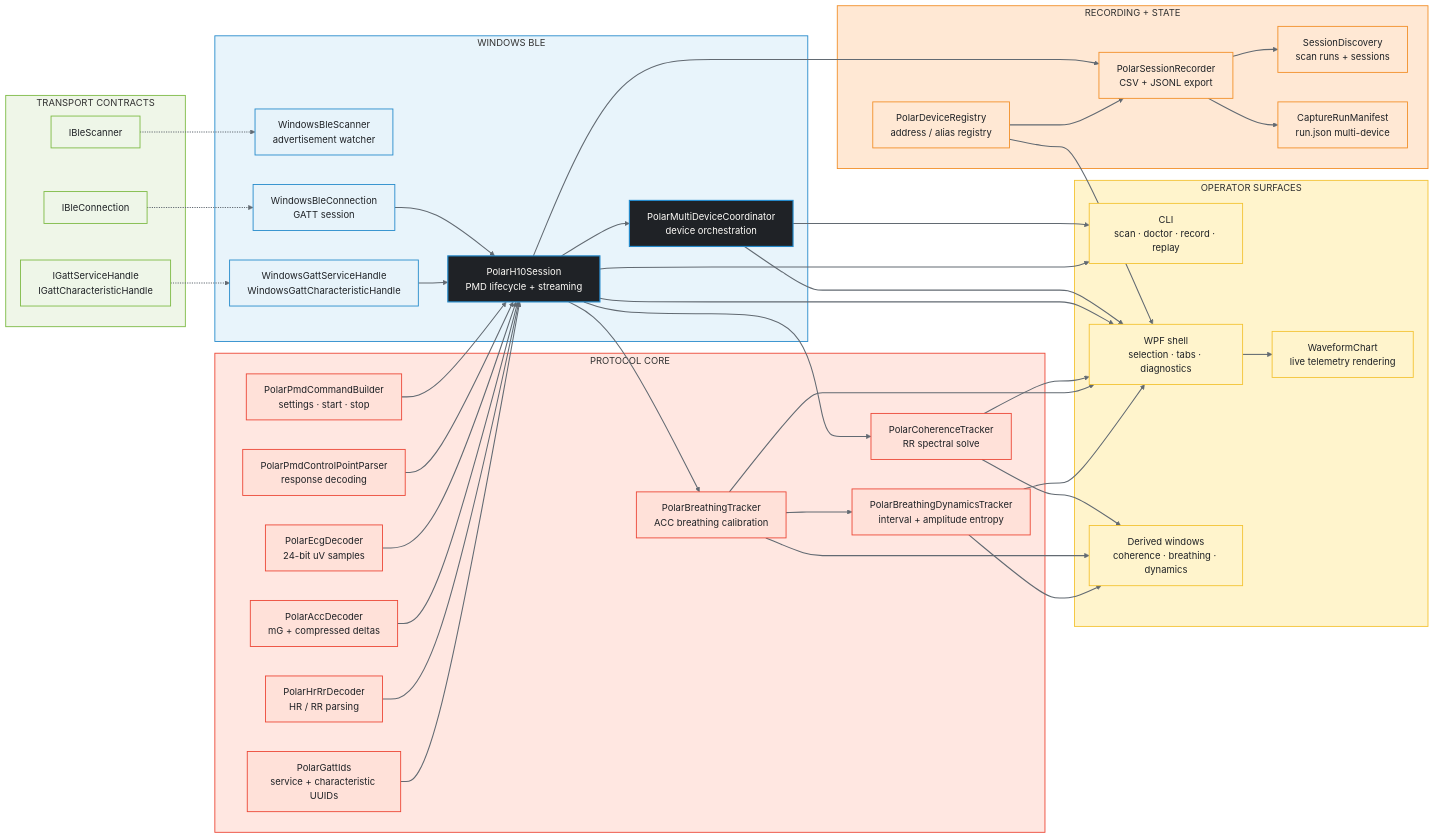
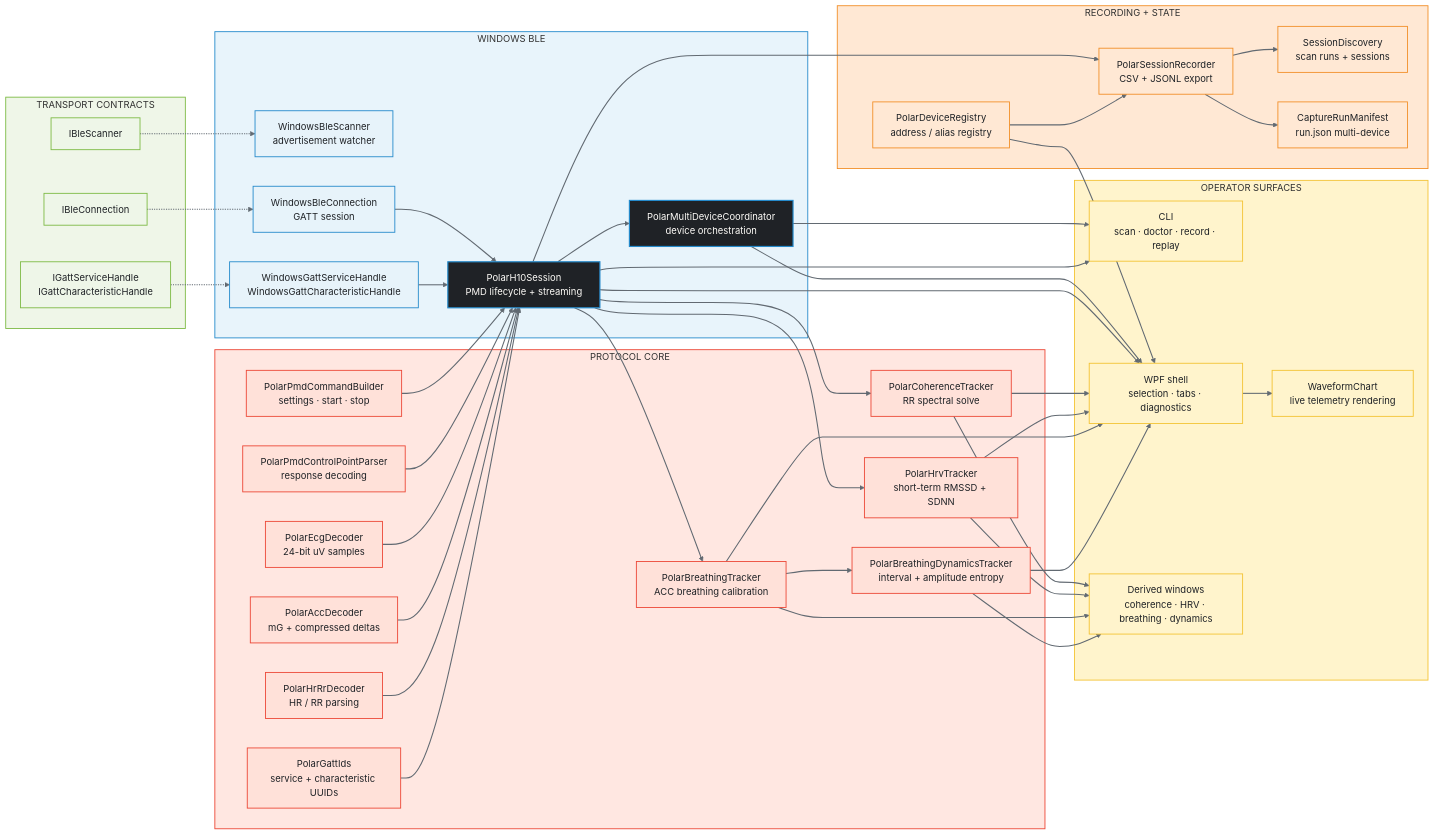
One commit to MesmerPrism/PolarH10 changed the diagram in docs/diagrams/code-architecture.mmd. Above: the diagram before and after it, drawn with Mermaid. The commit also changed 29 other files, not shown here.

Commit message:
Add short-term HRV telemetry tab and docs

```diff
--- a/docs/diagrams/code-architecture.mmd
+++ b/docs/diagrams/code-architecture.mmd
@@ -1,95 +1,99 @@
 %% Code architecture - subsystem level.
 %% Optimized for Pages viewer and GitHub README rendering.
 
 flowchart LR
     subgraph Protocol["PROTOCOL CORE"]
         EC["PolarEcgDecoder<br/>24-bit uV samples"]
         AC["PolarAccDecoder<br/>mG + compressed deltas"]
         HR["PolarHrRrDecoder<br/>HR / RR parsing"]
         CH["PolarCoherenceTracker<br/>RR spectral solve"]
+        HV["PolarHrvTracker<br/>short-term RMSSD + SDNN"]
         BR["PolarBreathingTracker<br/>ACC breathing calibration"]
         BD["PolarBreathingDynamicsTracker<br/>interval + amplitude entropy"]
         PMD["PolarPmdCommandBuilder<br/>settings · start · stop"]
         CP["PolarPmdControlPointParser<br/>response decoding"]
         GID["PolarGattIds<br/>service + characteristic UUIDs"]
     end
 
     subgraph Transport["TRANSPORT CONTRACTS"]
         IS["IBleScanner"]
         IC["IBleConnection"]
         IG["IGattServiceHandle<br/>IGattCharacteristicHandle"]
     end
 
     subgraph Windows["WINDOWS BLE"]
         WS["WindowsBleScanner<br/>advertisement watcher"]
         WC["WindowsBleConnection<br/>GATT session"]
         WG["WindowsGattServiceHandle<br/>WindowsGattCharacteristicHandle"]
         SE["PolarH10Session<br/>PMD lifecycle + streaming"]
         MD["PolarMultiDeviceCoordinator<br/>device orchestration"]
     end
 
     subgraph Recording["RECORDING + STATE"]
         RE["PolarSessionRecorder<br/>CSV + JSONL export"]
         SD["SessionDiscovery<br/>scan runs + sessions"]
         MA["CaptureRunManifest<br/>run.json multi-device"]
         DR["PolarDeviceRegistry<br/>address / alias registry"]
     end
 
     subgraph Surfaces["OPERATOR SURFACES"]
         C1["CLI<br/>scan · doctor · record · replay"]
         G1["WPF shell<br/>selection · tabs · diagnostics"]
-        G2["Derived windows<br/>coherence · breathing · dynamics"]
+        G2["Derived windows<br/>coherence · HRV · breathing · dynamics"]
         G3["WaveformChart<br/>live telemetry rendering"]
     end
 
     PMD --> SE
     CP --> SE
     EC --> SE
     AC --> SE
     HR --> SE
     GID --> SE
     IS -.-> WS
     IC -.-> WC
     IG -.-> WG
     WC --> SE
     WG --> SE
     SE --> MD
     SE --> CH
+    SE --> HV
     SE --> BR
     BR --> BD
     SE --> RE
     RE --> SD
     RE --> MA
     DR --> RE
     DR --> G1
     MD --> C1
     MD --> G1
     SE --> C1
     SE --> G1
     CH --> G1
     CH --> G2
+    HV --> G1
+    HV --> G2
     BR --> G1
     BR --> G2
     BD --> G1
     BD --> G2
     G1 --> G3
 
     style Protocol fill:#FFE7E1,stroke:#EC4736,stroke-width:1.5px;
     style Transport fill:#EFF6E8,stroke:#7DBA44,stroke-width:1.5px;
     style Windows fill:#E8F4FB,stroke:#258ACB,stroke-width:1.5px;
     style Recording fill:#FFE8D4,stroke:#F28F28,stroke-width:1.5px;
     style Surfaces fill:#FFF4CC,stroke:#F3C333,stroke-width:1.5px;
 
     classDef core fill:#FFE1D9,stroke:#EC4736,color:#1F2226,stroke-width:1.5px;
     classDef contracts fill:#EEF6E8,stroke:#7DBA44,color:#1F2226,stroke-width:1.5px;
     classDef windows fill:#E7F3FA,stroke:#258ACB,color:#1F2226,stroke-width:1.5px;
     classDef active fill:#1F2226,stroke:#258ACB,color:#FFFDF9,stroke-width:2px;
     classDef record fill:#FFE8D4,stroke:#F28F28,color:#1F2226,stroke-width:1.5px;
     classDef surface fill:#FFF4CC,stroke:#F3C333,color:#1F2226,stroke-width:1.5px;
-    class EC,AC,HR,CH,BR,BD,PMD,CP,GID core;
+    class EC,AC,HR,CH,HV,BR,BD,PMD,CP,GID core;
     class IS,IC,IG contracts;
     class WS,WC,WG windows;
     class SE,MD active;
     class RE,SD,MA,DR record;
     class C1,G1,G2,G3 surface;
     linkStyle default stroke:#626A72,stroke-width:1.8px;
```
